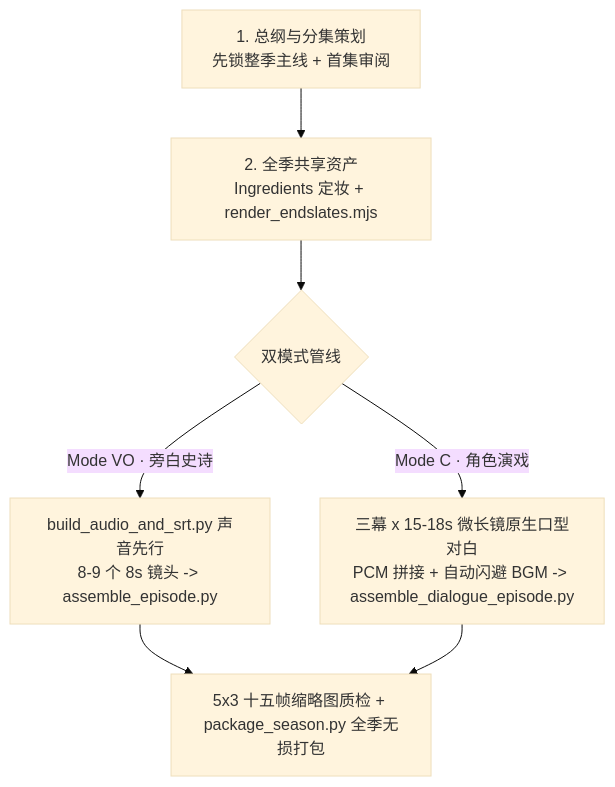
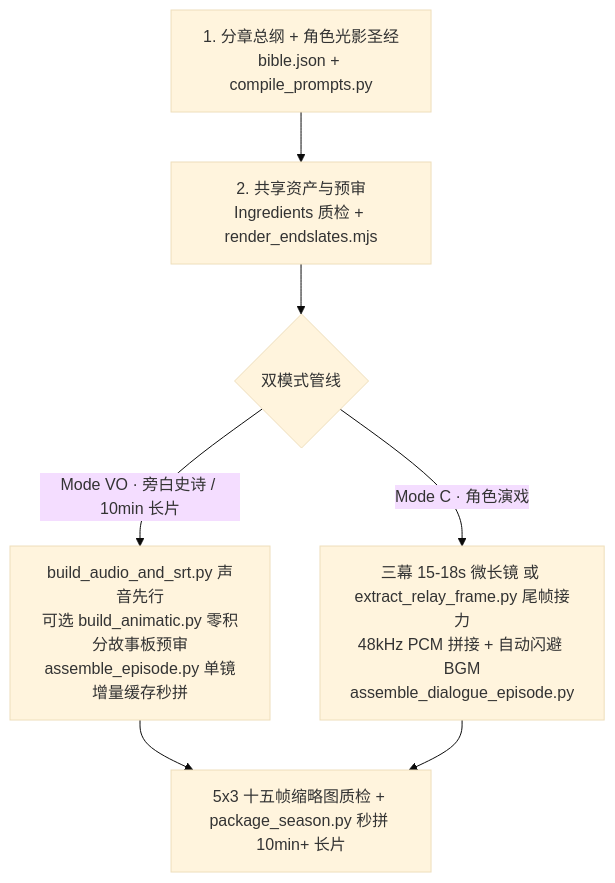
Before and after one commit to baryon/google-flow-story-video: the diagram in README.md, drawn with Mermaid (base theme). The commit also changed other lines of this file and 8 other files, not shown here.

Commit message:
feat: add Bible prompt compiler, Last-Frame Relay, Animatic gate, and per-shot hot-rebuild cache

````diff
--- a/README.md
+++ b/README.md
@@ -7,9 +7,9 @@
 ```mermaid
 flowchart TD
-  Plan["1. 总纲与分集策划\n先锁整季主线 + 首集审阅"] --> Assets["2. 全季共享资产\nIngredients 定妆 + render_endslates.mjs"]
+  Plan["1. 分章总纲 + 角色光影圣经\nbible.json + compile_prompts.py"] --> Assets["2. 共享资产与预审\nIngredients 质检 + render_endslates.mjs"]
   Assets --> Mode{"双模式管线"}
-  Mode -->|"Mode VO · 旁白史诗"| VO["build_audio_and_srt.py 声音先行\n8-9 个 8s 镜头 -> assemble_episode.py"]
-  Mode -->|"Mode C · 角色演戏"| MC["三幕 x 15-18s 微长镜原生口型对白\nPCM 拼接 + 自动闪避 BGM -> assemble_dialogue_episode.py"]
-  VO --> Pack["5x3 十五帧缩略图质检 + package_season.py 全季无损打包"]
+  Mode -->|"Mode VO · 旁白史诗 / 10min 长片"| VO["build_audio_and_srt.py 声音先行\n可选 build_animatic.py 零积分故事板预审\nassemble_episode.py 单镜增量缓存秒拼"]
+  Mode -->|"Mode C · 角色演戏"| MC["三幕 15-18s 微长镜 或 extract_relay_frame.py 尾帧接力\n48kHz PCM 拼接 + 自动闪避 BGM\nassemble_dialogue_episode.py"]
+  VO --> Pack["5x3 十五帧缩略图质检 + package_season.py 秒拼 10min+ 长片"]
   MC --> Pack
 ```
````
